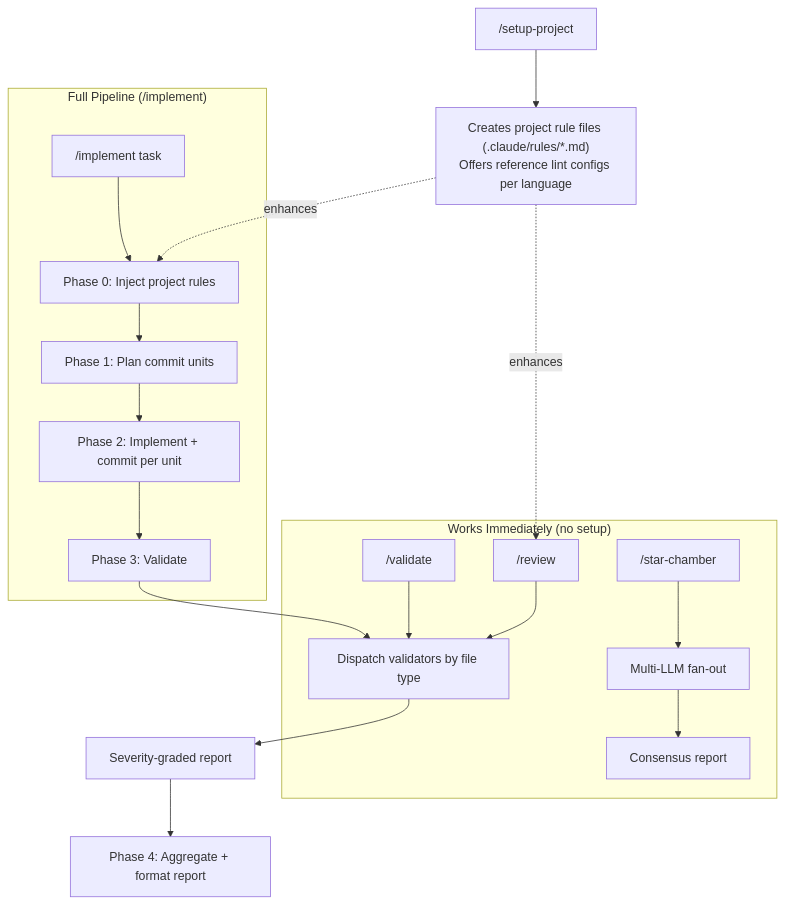
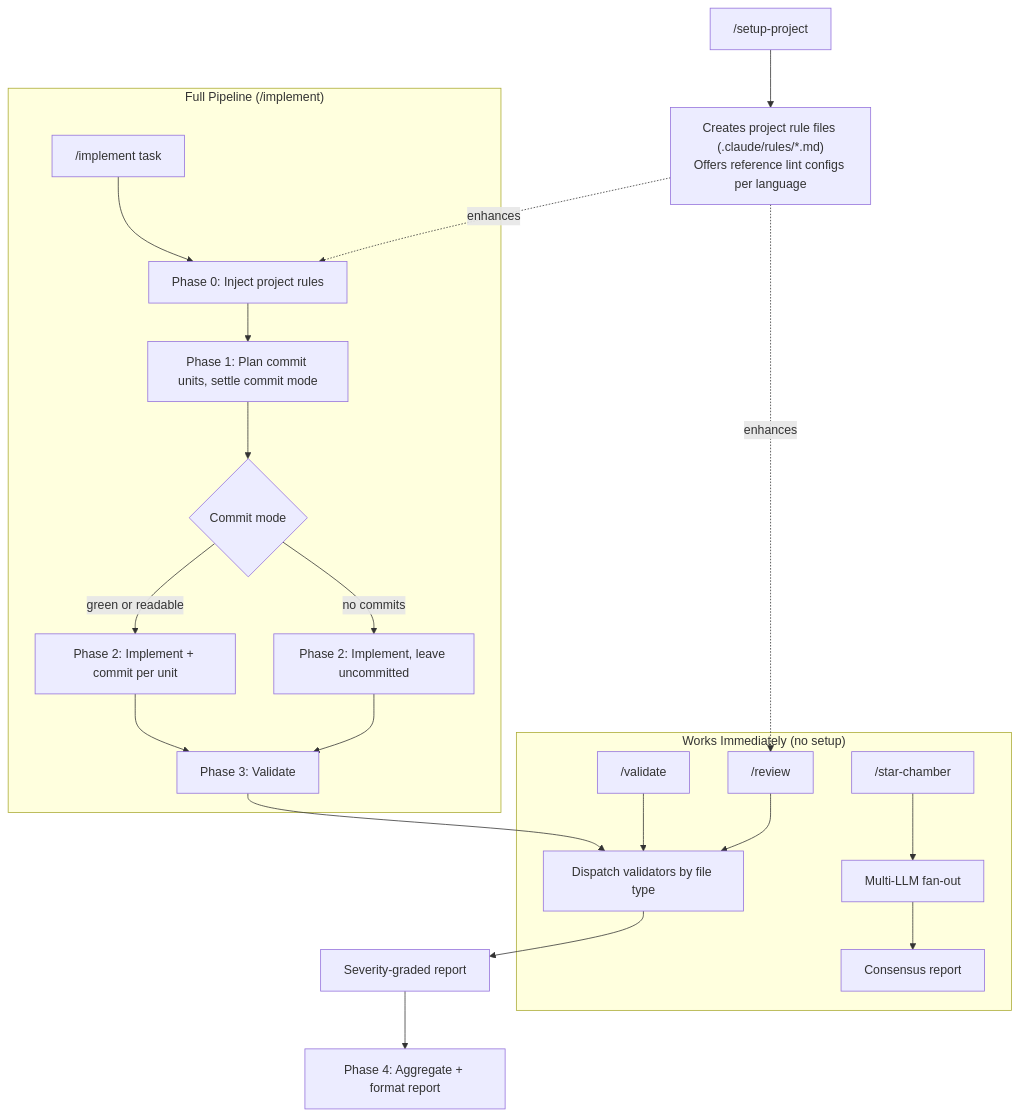
Before and after one commit to peteski22/agent-pragma: the first of 7 diagrams in ARCHITECTURE.md, drawn with Mermaid. The commit also changed other lines of this file and 1 other file, not shown here.

First line of the commit message:
docs: show the commit mode decision and both Phase 2 branches

````diff
--- a/ARCHITECTURE.md
+++ b/ARCHITECTURE.md
@@ -9,25 +9,28 @@
 ```mermaid
 flowchart TB
     subgraph Standalone["Works Immediately (no setup)"]
         V["/validate"] --> Validators
         R["/review"] --> Validators
         SC["/star-chamber"] --> SCR["Multi-LLM fan-out"]
         SCR --> SCS["Consensus report"]
     end
 
     Validators["Dispatch validators by file type"] --> Report["Severity-graded report"]
 
     subgraph Pipeline["Full Pipeline (/implement)"]
         I["/implement task"] --> P0["Phase 0: Inject project rules"]
-        P0 --> P1["Phase 1: Plan commit units"]
-        P1 --> P12["Phase 2: Implement + commit per unit"]
+        P0 --> P1["Phase 1: Plan commit units, settle commit mode"]
+        P1 --> PM{"Commit mode"}
+        PM -->|"green or readable"| P12["Phase 2: Implement + commit per unit"]
+        PM -->|"no commits"| P12B["Phase 2: Implement, leave uncommitted"]
         P12 --> P3["Phase 3: Validate"]
+        P12B --> P3
     end
 
     P3 --> Validators
     Report --> P4["Phase 4: Aggregate + format report"]
 
     S["/setup-project"] --> SR["Creates project rule files (.claude/rules/*.md)<br/>Offers reference lint configs per language"]
     SR -.->|"enhances"| P0
     SR -.->|"enhances"| R
 ```
````
